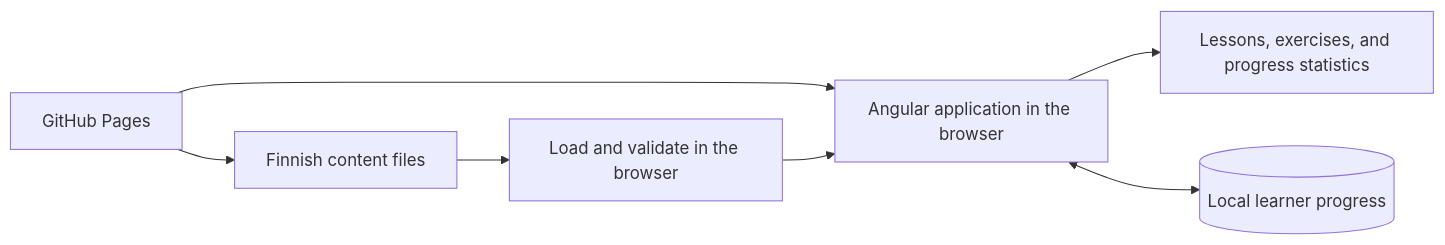
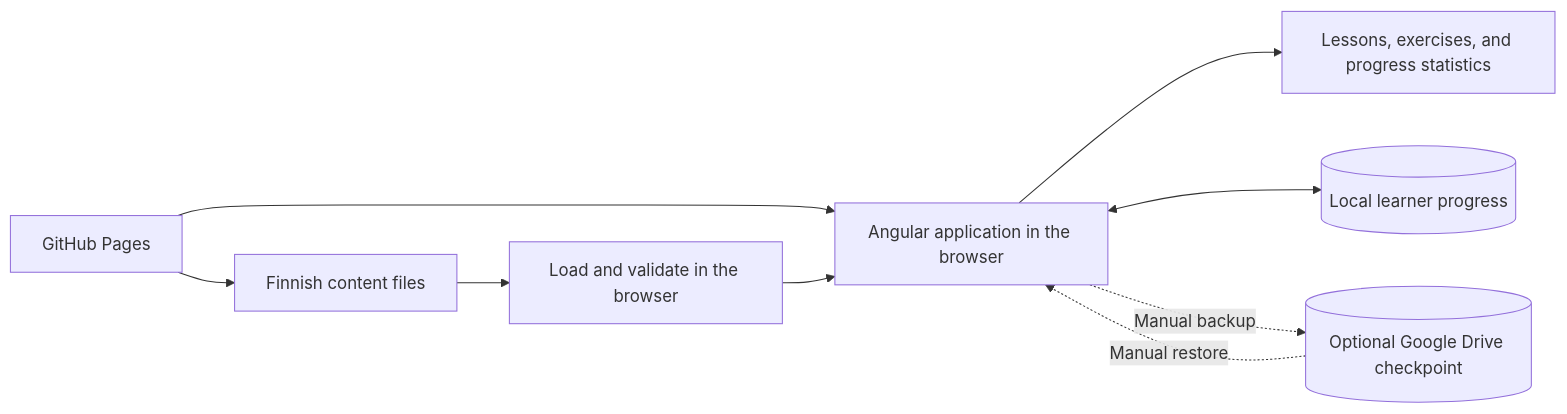
One commit to KhosroPakmanesh/sisu-steps changed the first of 5 diagrams in README.md. Above: the diagram before and after it, drawn with Mermaid. The commit also changed other lines of this file and 9 other files, not shown here.

Commit message:
docs: align README with current architecture

````diff
--- a/README.md
+++ b/README.md
@@ -39,9 +66,11 @@
 ```mermaid
 flowchart LR
   Pages["GitHub Pages"] --> App["Angular application in the browser"]
   Pages --> Content["Finnish content files"]
   Content --> Check["Load and validate in the browser"]
   Check --> App
   App --> Screen["Lessons, exercises, and progress statistics"]
   App <--> Progress[("Local learner progress")]
+  App -.->|Manual backup| Drive[("Optional Google Drive checkpoint")]
+  Drive -.->|Manual restore| App
 ```
````
